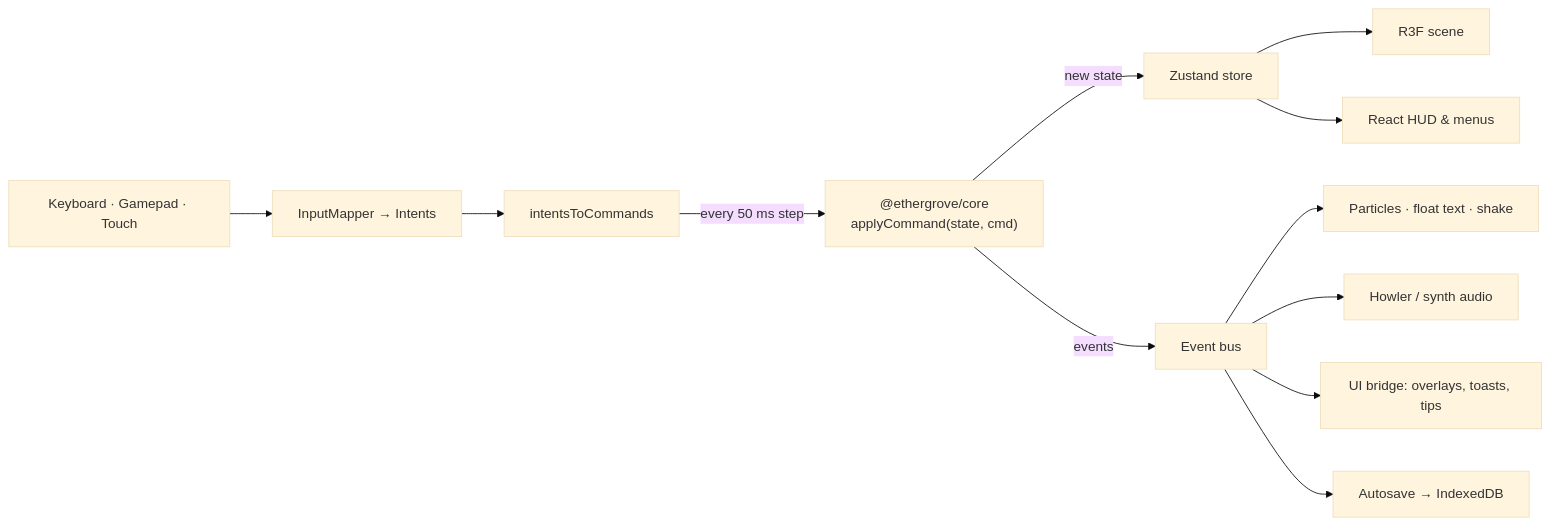
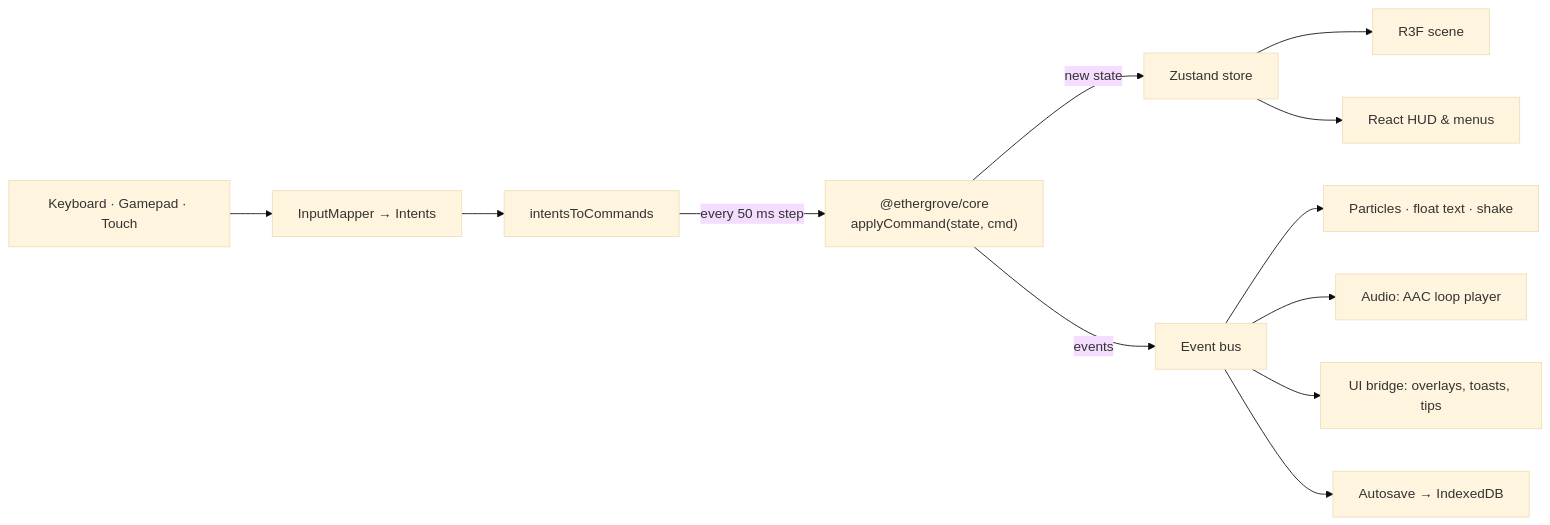
The diagram in docs/ARCHITECTURE.md (jaybecina/ethergrove-chronicles), drawn with Mermaid (base theme) before and after one commit. The commit also changed other lines of this file and 4 other files, not shown here.

````diff
--- a/docs/ARCHITECTURE.md
+++ b/docs/ARCHITECTURE.md
@@ -5,14 +5,14 @@
 ```mermaid
 flowchart LR
   input["Keyboard · Gamepad · Touch"] --> mapper["InputMapper → Intents"]
   mapper --> cmds["intentsToCommands"]
   cmds -->|"every 50 ms step"| core["@ethergrove/core<br/>applyCommand(state, cmd)"]
   core -->|"new state"| store["Zustand store"]
   core -->|"events"| bus["Event bus"]
   store --> scene["R3F scene"]
   store --> hud["React HUD & menus"]
   bus --> fx["Particles · float text · shake"]
-  bus --> audio["Howler / synth audio"]
+  bus --> audio["Audio: AAC loop player"]
   bus --> ui["UI bridge: overlays, toasts, tips"]
   bus --> save["Autosave → IndexedDB"]
 ```
````
